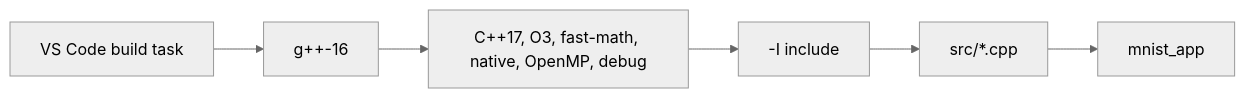
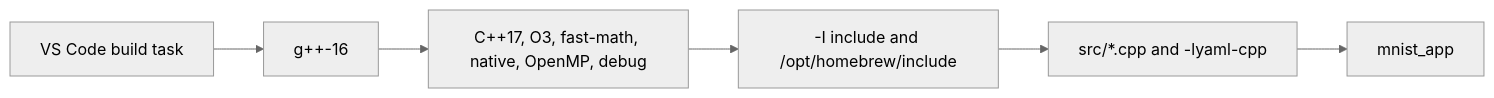
One commit to jirahandler/baremetal-mnist-cpp-ml changed diagram 17 of 26 in README.md. Above: the diagram before and after it, drawn with Mermaid (neutral theme). The commit also changed other lines of this file and 9 other files, not shown here.

````diff
--- a/README.md
+++ b/README.md
@@ -876,8 +950,8 @@
 ```mermaid
 flowchart LR
     A[VS Code build task] --> B[g++-16]
     B --> C["C++17, O3, fast-math, native, OpenMP, debug"]
-    C --> D[-I include]
-    D --> E[src/*.cpp]
+    C --> D[-I include and /opt/homebrew/include]
+    D --> E[src/*.cpp and -lyaml-cpp]
     E --> F[mnist_app]
 ```
````
